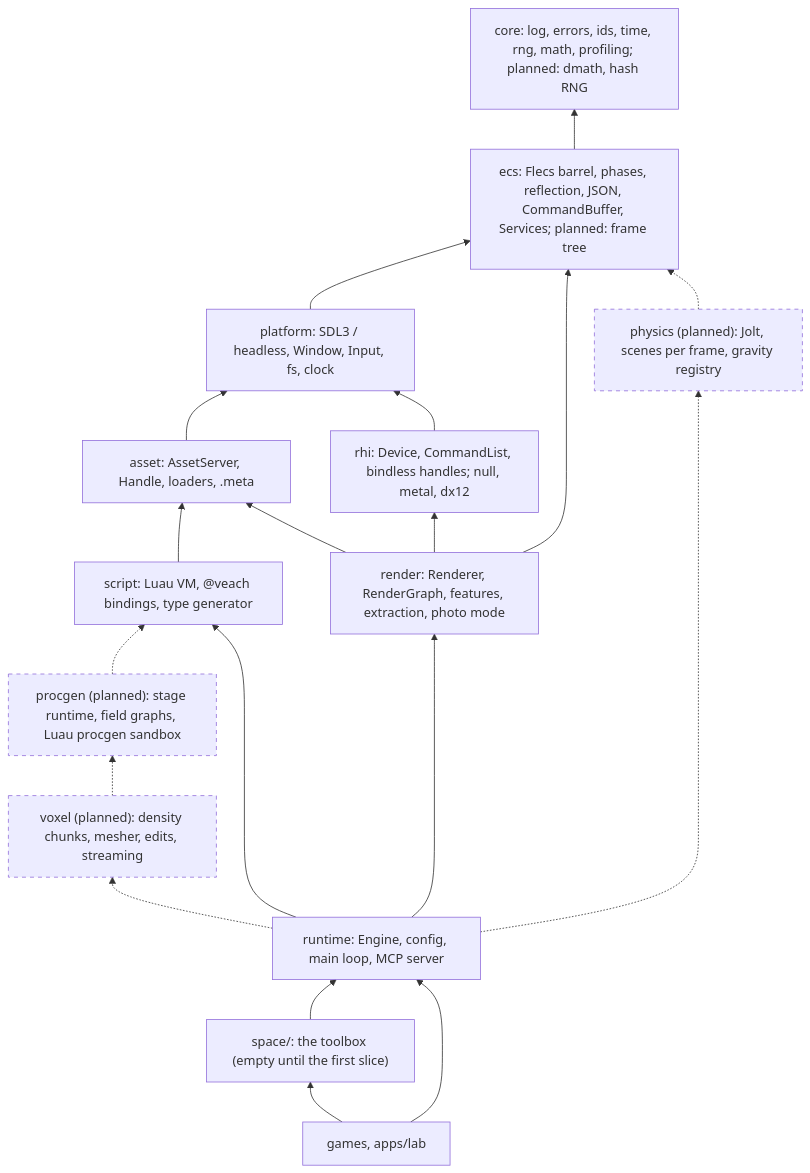
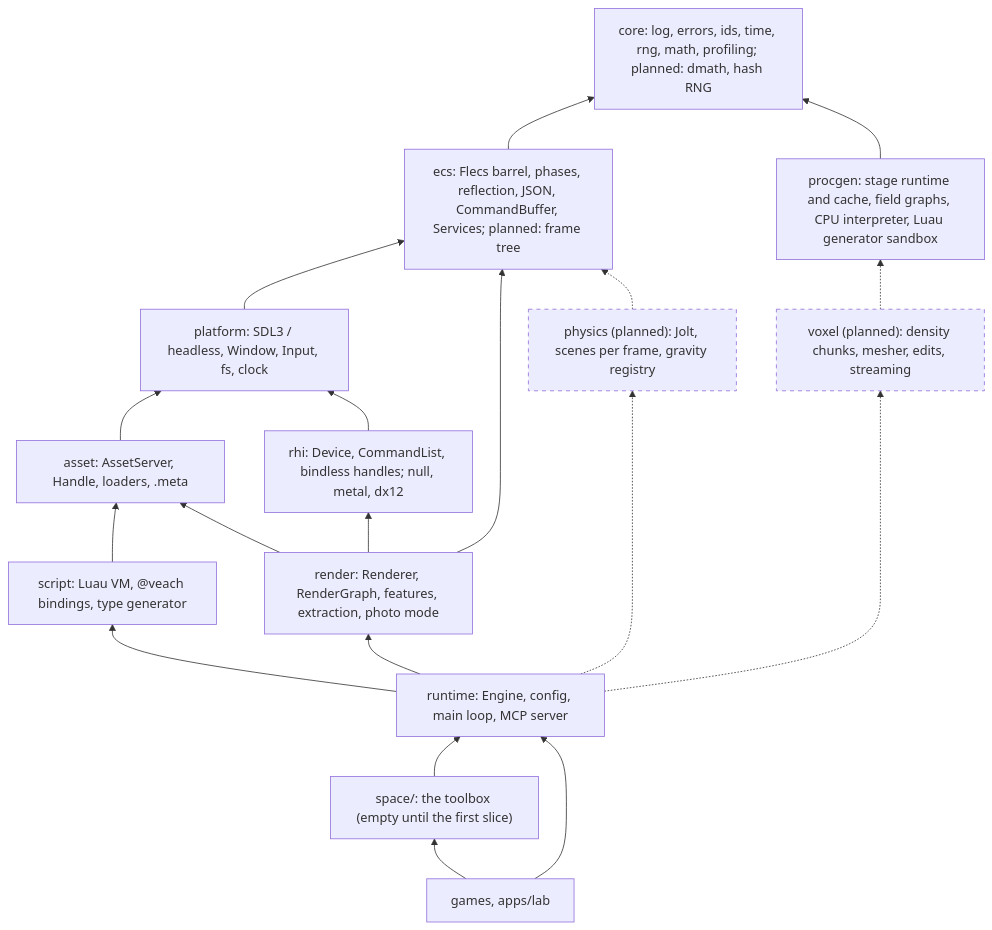
The first of 2 diagrams in docs/ARCHITECTURE.md (pdcamargo/veach), drawn with Mermaid before and after one commit. The commit also changed other lines of this file and 9 other files, not shown here.

First line of the commit message:
refactor(procgen): create engine/procgen and move the generator sandbox into it (VCH-112)

````diff
--- a/docs/ARCHITECTURE.md
+++ b/docs/ARCHITECTURE.md
@@ -71,36 +71,36 @@
 ```mermaid
 flowchart BT
     core["core: log, errors, ids, time, rng, math, profiling; planned: dmath, hash RNG"]
     ecs["ecs: Flecs barrel, phases, reflection, JSON, CommandBuffer, Services; planned: frame tree"]
     platform["platform: SDL3 / headless, Window, Input, fs, clock"]
     asset["asset: AssetServer, Handle, loaders, .meta"]
     script["script: Luau VM, @veach bindings, type generator"]
     rhi["rhi: Device, CommandList, bindless handles; null, metal, dx12"]
     render["render: Renderer, RenderGraph, features, extraction, photo mode"]
     physics["physics (planned): Jolt, scenes per frame, gravity registry"]
-    procgen["procgen (planned): stage runtime, field graphs, Luau procgen sandbox"]
+    procgen["procgen: stage runtime and cache, field graphs, CPU interpreter, Luau generator sandbox"]
     voxel["voxel (planned): density chunks, mesher, edits, streaming"]
     runtime["runtime: Engine, config, main loop, MCP server"]
     space["space/: the toolbox (empty until the first slice)"]
     games["games, apps/lab"]
     ecs --> core
     platform --> ecs
     asset --> platform
     script --> asset
     rhi --> platform
     render --> rhi
     render --> ecs
     render --> asset
     physics -.-> ecs
-    procgen -.-> script
+    procgen --> core
     voxel -.-> procgen
     runtime --> script
     runtime --> render
     runtime -.-> physics
     runtime -.-> voxel
     space --> runtime
     games --> space
     games --> runtime
     classDef planned stroke-dasharray: 5 5
-    class physics,procgen,voxel planned
+    class physics,voxel planned
 ```
````
